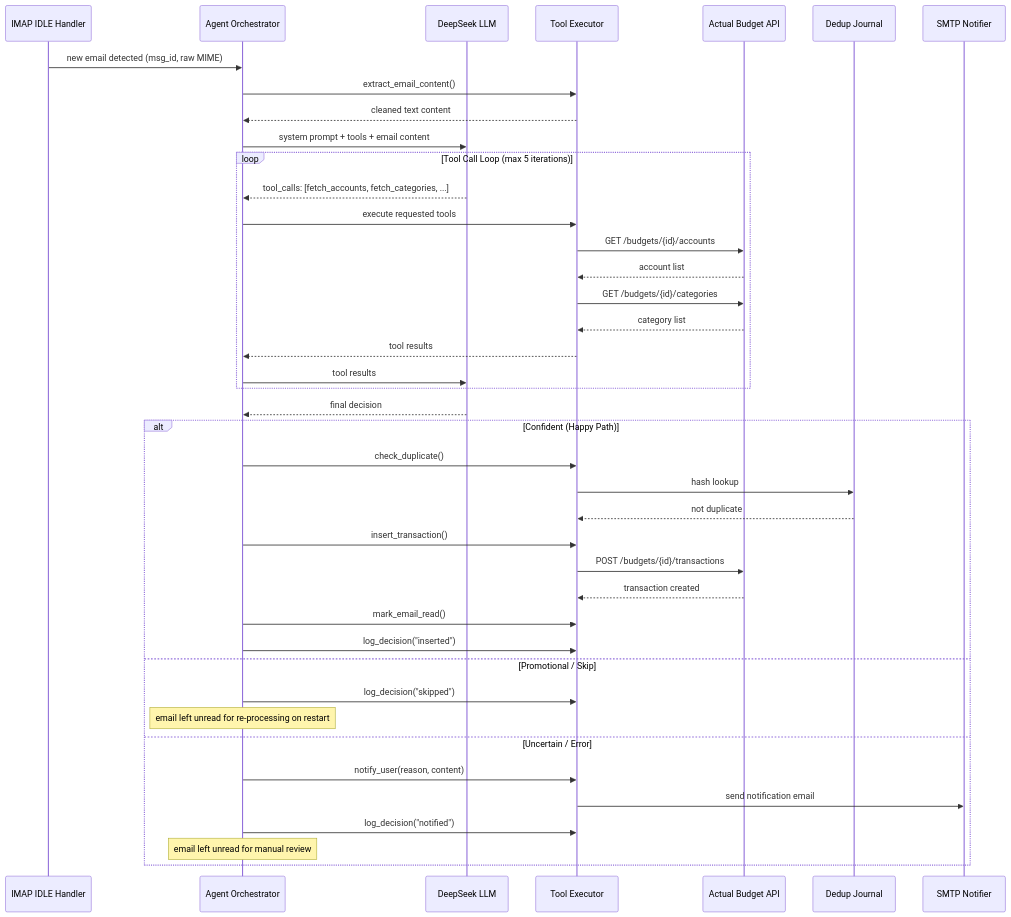
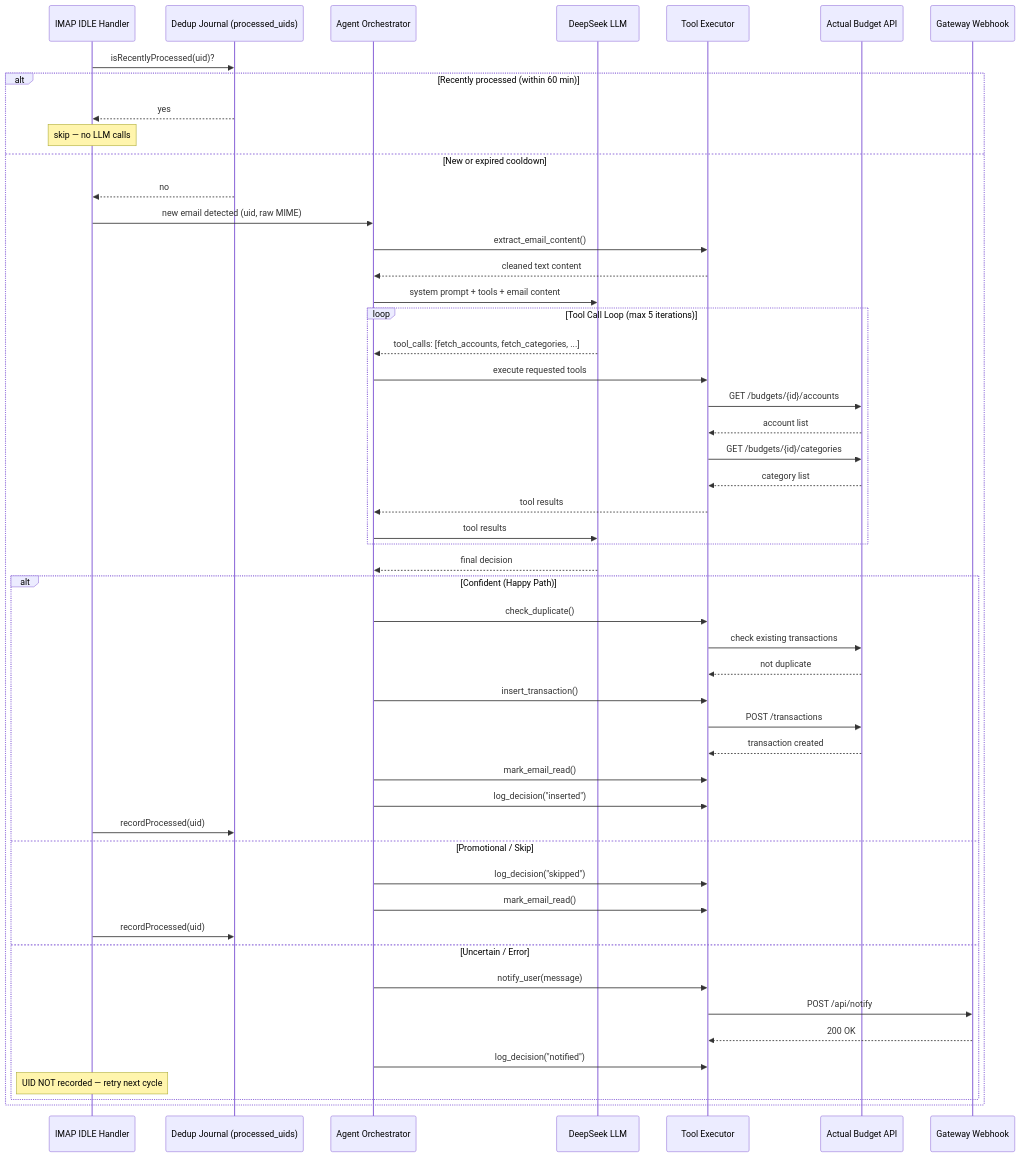
Before and after one commit to darrencjh8/darren-openclaw: the fifth of 10 diagrams in design.md, drawn with Mermaid. The commit also changed other lines of this file and 2 other files, not shown here.

First line of the commit message:
Update spec and design docs for UID pre-check and dedup changes

````diff
--- a/design.md
+++ b/design.md
@@ -359,47 +359,57 @@
 ```mermaid
 sequenceDiagram
     participant IMAP as IMAP IDLE Handler
+    participant DB as Dedup Journal (processed_uids)
     participant Orch as Agent Orchestrator
     participant LLM as DeepSeek LLM
     participant Tools as Tool Executor
     participant AB as Actual Budget API
-    participant DB as Dedup Journal
-    participant SMTP as SMTP Notifier
+    participant GW as Gateway Webhook
 
-    IMAP->>Orch: new email detected (msg_id, raw MIME)
-    Orch->>Tools: extract_email_content()
-    Tools-->>Orch: cleaned text content
-    Orch->>LLM: system prompt + tools + email content
-    
-    loop Tool Call Loop (max 5 iterations)
-        LLM-->>Orch: tool_calls: [fetch_accounts, fetch_categories, ...]
-        Orch->>Tools: execute requested tools
-        Tools->>AB: GET /budgets/{id}/accounts
-        AB-->>Tools: account list
-        Tools->>AB: GET /budgets/{id}/categories
-        AB-->>Tools: category list
-        Tools-->>Orch: tool results
-        Orch->>LLM: tool results
-    end
+    IMAP->>DB: isRecentlyProcessed(uid)?
+    alt Recently processed (within 60 min)
+        DB-->>IMAP: yes
+        Note over IMAP: skip — no LLM calls
+    else New or expired cooldown
+        DB-->>IMAP: no
+        IMAP->>Orch: new email detected (uid, raw MIME)
+        Orch->>Tools: extract_email_content()
+        Tools-->>Orch: cleaned text content
+        Orch->>LLM: system prompt + tools + email content
+        
+        loop Tool Call Loop (max 5 iterations)
+            LLM-->>Orch: tool_calls: [fetch_accounts, fetch_categories, ...]
+            Orch->>Tools: execute requested tools
+            Tools->>AB: GET /budgets/{id}/accounts
+            AB-->>Tools: account list
+            Tools->>AB: GET /budgets/{id}/categories
+            AB-->>Tools: category list
+            Tools-->>Orch: tool results
+            Orch->>LLM: tool results
+        end
 
-    LLM-->>Orch: final decision
-    
-    alt Confident (Happy Path)
-        Orch->>Tools: check_duplicate()
-        Tools->>DB: hash lookup
-        DB-->>Tools: not duplicate
-        Orch->>Tools: insert_transaction()
-        Tools->>AB: POST /budgets/{id}/transactions
-        AB-->>Tools: transaction created
-        Orch->>Tools: mark_email_read()
-        Orch->>Tools: log_decision("inserted")
-    else Promotional / Skip
-        Orch->>Tools: log_decision("skipped")
-        Note over Orch: email left unread for re-processing on restart
-    else Uncertain / Error
-        Orch->>Tools: notify_user(reason, content)
-        Tools->>SMTP: send notification email
-        Orch->>Tools: log_decision("notified")
-        Note over Orch: email left unread for manual review
+        LLM-->>Orch: final decision
+        
+        alt Confident (Happy Path)
+            Orch->>Tools: check_duplicate()
+            Tools->>AB: check existing transactions
+            AB-->>Tools: not duplicate
+            Orch->>Tools: insert_transaction()
+            Tools->>AB: POST /transactions
+            AB-->>Tools: transaction created
+            Orch->>Tools: mark_email_read()
+            Orch->>Tools: log_decision("inserted")
+            IMAP->>DB: recordProcessed(uid)
+        else Promotional / Skip
+            Orch->>Tools: log_decision("skipped")
+            Orch->>Tools: mark_email_read()
+            IMAP->>DB: recordProcessed(uid)
+        else Uncertain / Error
+            Orch->>Tools: notify_user(message)
+            Tools->>GW: POST /api/notify
+            GW-->>Tools: 200 OK
+            Orch->>Tools: log_decision("notified")
+            Note over IMAP: UID NOT recorded — retry next cycle
+        end
     end
 ```
````
